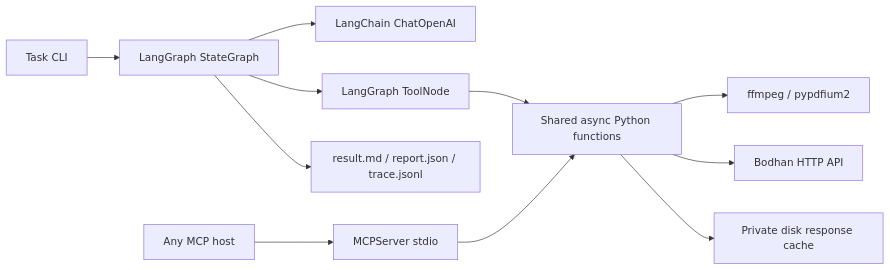
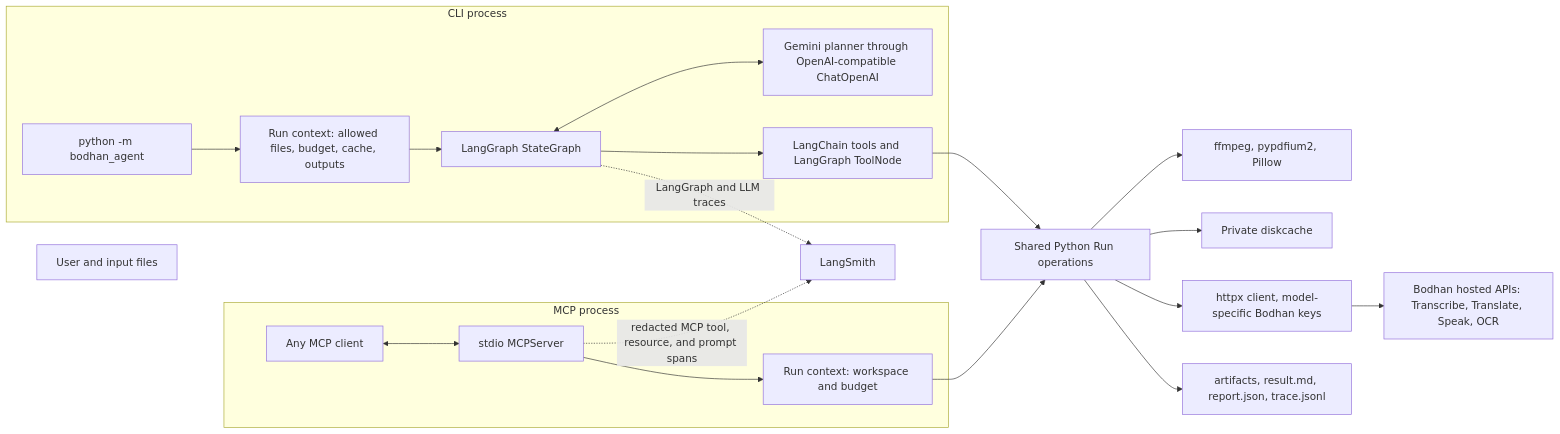
One commit to Bodhan-AI/Bodhan-AI-Cookbook changed the diagram in examples/bodhan_tool_agent/docs/architecture.md. Above: the diagram before and after it, drawn with Mermaid. The commit also changed other lines of this file and 2 other files, not shown here.

````diff
--- a/examples/bodhan_tool_agent/docs/architecture.md
+++ b/examples/bodhan_tool_agent/docs/architecture.md
@@ -3,13 +7,32 @@
 ```mermaid
 flowchart LR
-  CLI[Task CLI] --> StateGraph[LangGraph StateGraph]
-  StateGraph --> Planner[LangChain ChatOpenAI]
-  StateGraph --> ToolNode[LangGraph ToolNode]
-  MCPHost[Any MCP host] --> MCP[MCPServer stdio]
-  ToolNode --> Shared[Shared async Python functions]
-  MCP --> Shared
-  Shared --> Media[ffmpeg / pypdfium2]
-  Shared --> API[Bodhan HTTP API]
-  Shared --> Cache[Private disk response cache]
-  StateGraph --> RunFiles[result.md / report.json / trace.jsonl]
+  User[User and input files]
+
+  subgraph CLI[CLI process]
+    Command[python -m bodhan_agent]
+    CliRun[Run context: allowed files, budget, cache, outputs]
+    Graph[LangGraph StateGraph]
+    Planner[Gemini planner through OpenAI-compatible ChatOpenAI]
+    ToolNode[LangChain tools and LangGraph ToolNode]
+    Command --> CliRun --> Graph
+    Graph <--> Planner
+    Graph --> ToolNode
+  end
+
+  subgraph MCP[MCP process]
+    Client[Any MCP client]
+    Server[stdio MCPServer]
+    McpRun[Run context: workspace and budget]
+    Client <--> Server --> McpRun
+  end
+
+  ToolNode --> Core[Shared Python Run operations]
+  McpRun --> Core
+  Core --> Media[ffmpeg, pypdfium2, Pillow]
+  Core --> Cache[Private diskcache]
+  Core --> HTTP[httpx client, model-specific Bodhan keys]
+  HTTP --> Bodhan[Bodhan hosted APIs: Transcribe, Translate, Speak, OCR]
+  Core --> Outputs[artifacts, result.md, report.json, trace.jsonl]
+  Graph -. LangGraph and LLM traces .-> Smith[LangSmith]
+  Server -. redacted MCP tool, resource, and prompt spans .-> Smith
 ```
````
